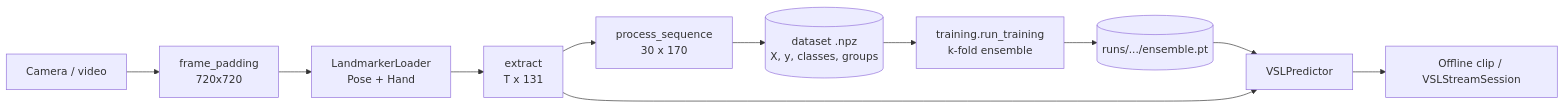
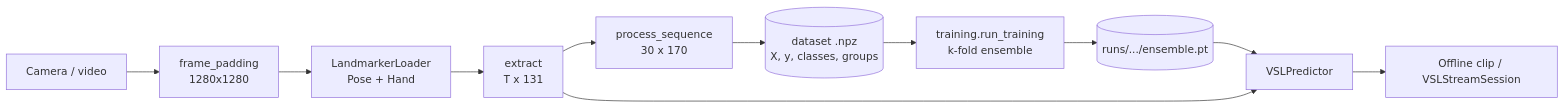
One commit to TongTaiTrung/vsl-translator-new changed the diagram in docs/README.md. Above: the diagram before and after it, drawn with Mermaid. The commit also changed other lines of this file and 14 other files, not shown here.

````diff
--- a/docs/README.md
+++ b/docs/README.md
@@ -24,13 +24,13 @@
 ```mermaid
 flowchart LR
-    A[Camera / video] --> B[frame_padding<br/>720x720]
+    A[Camera / video] --> B[frame_padding<br/>1280x1280]
     B --> C[LandmarkerLoader<br/>Pose + Hand]
     C --> D[extract<br/>T x 131]
     D --> E[process_sequence<br/>30 x 170]
     E --> F[(dataset .npz<br/>X, y, classes, groups)]
     F --> G[training.run_training<br/>k-fold ensemble]
     G --> H[(runs/.../ensemble.pt)]
     H --> I[VSLPredictor]
     D --> I
     I --> J[Offline clip / VSLStreamSession]
 ```
````
